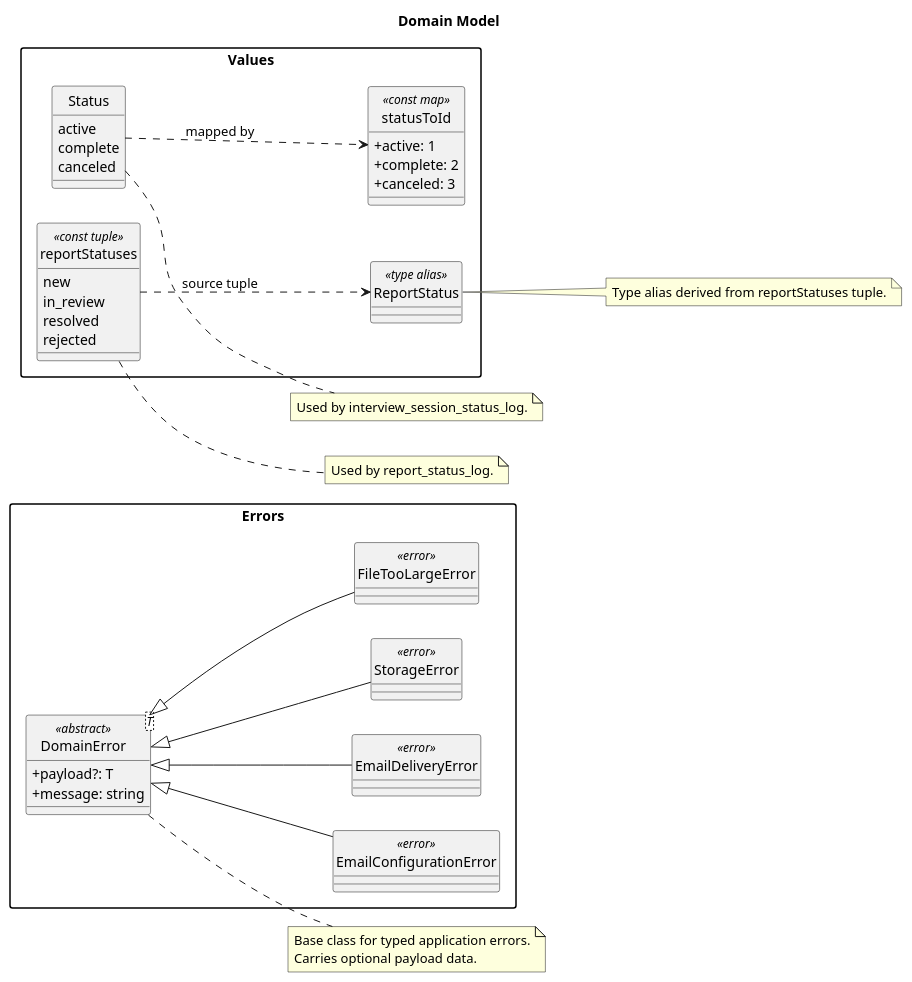
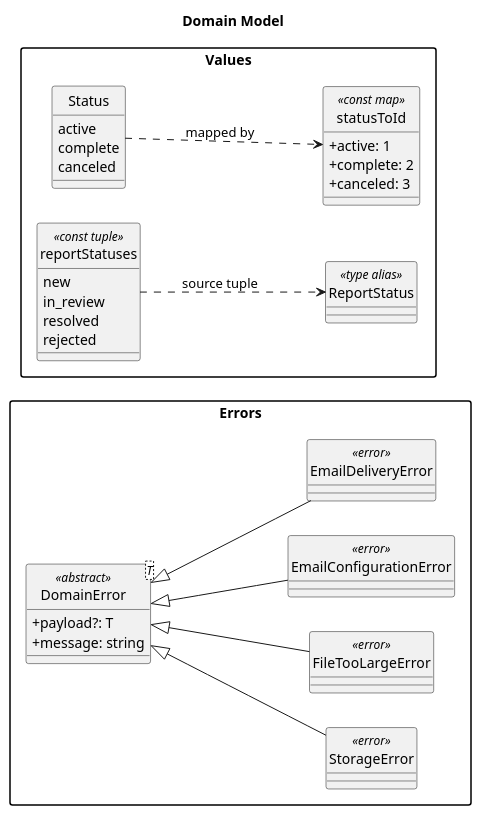
Before and after one commit to nifle3/diplom_work: the diagram in docs/classDIagram/02_domain_model.puml, drawn with PlantUML. The commit also changed 6 other files, not shown here.

Commit message:
update class diagramm

```diff
--- a/docs/classDIagram/02_domain_model.puml
+++ b/docs/classDIagram/02_domain_model.puml
@@ -1,77 +1,59 @@
 @startuml
 left to right direction
 skinparam classAttributeIconSize 0
 skinparam packageStyle rectangle
 hide circle
 
 title Domain Model
 
 package "Errors" {
   class DomainError<T> <<abstract>> {
     +payload?: T
     +message: string
   }
 
   class StorageError <<error>> {
   }
 
   class FileTooLargeError <<error>> {
   }
 
   class EmailConfigurationError <<error>> {
   }
 
   class EmailDeliveryError <<error>> {
   }
 }
 
 package "Values" {
   enum Status {
     active
     complete
     canceled
   }
 
   class statusToId <<const map>> {
     +active: 1
     +complete: 2
     +canceled: 3
   }
 
   class reportStatuses <<const tuple>> {
     new
     in_review
     resolved
     rejected
   }
 
   class ReportStatus <<type alias>> {
   }
 }
 
 DomainError <|-- StorageError
 DomainError <|-- FileTooLargeError
 DomainError <|-- EmailConfigurationError
 DomainError <|-- EmailDeliveryError
 
 Status ..> statusToId : mapped by
 reportStatuses ..> ReportStatus : source tuple
-
-note right of DomainError
-  Base class for typed application errors.
-  Carries optional payload data.
-end note
-
-note right of Status
-  Used by interview_session_status_log.
-end note
-
-note right of reportStatuses
-  Used by report_status_log.
-end note
-
-note right of ReportStatus
-  Type alias derived from reportStatuses tuple.
-end note
-
 @enduml
```
